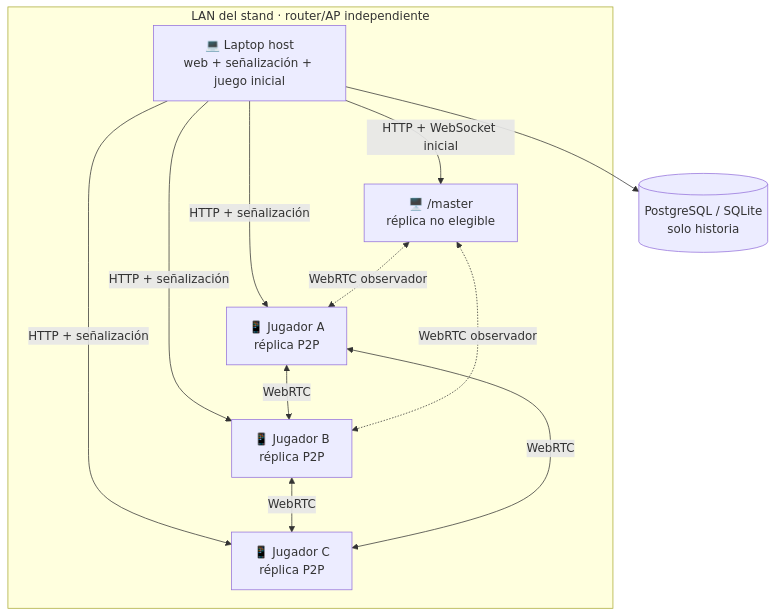
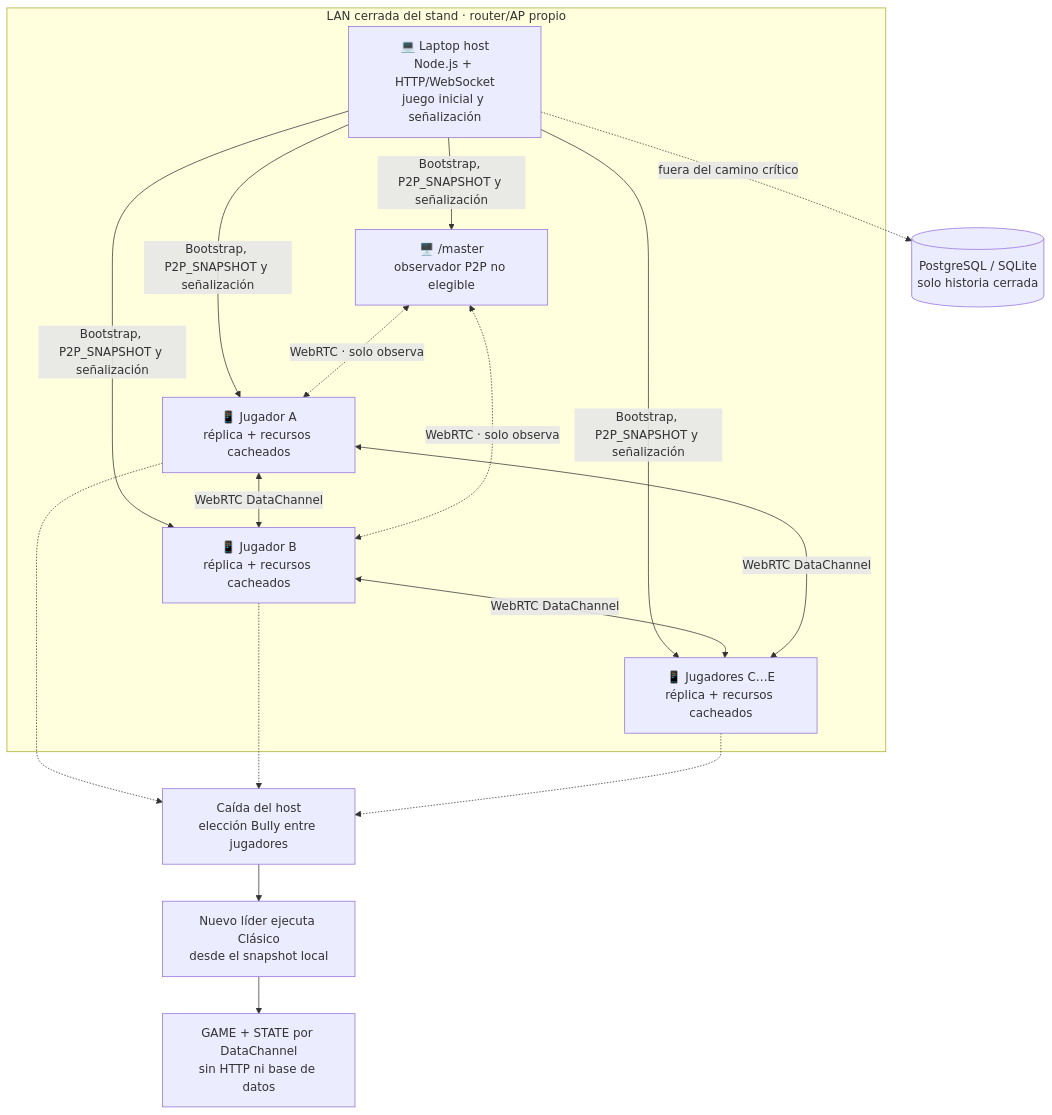
Before and after one commit to acampanaa/silunet: the first of 4 diagrams in README.md, drawn with Mermaid. The commit also changed other lines of this file and 22 other files, not shown here.

````diff
--- a/README.md
+++ b/README.md
@@ -151,23 +154,27 @@
 ```mermaid
 flowchart TB
-    subgraph LAN["LAN del stand · router/AP independiente"]
-        H["💻 Laptop host<br/>web + señalización + juego inicial"]
-        M["🖥️ /master<br/>réplica no elegible"]
-        C1["📱 Jugador A<br/>réplica P2P"]
-        C2["📱 Jugador B<br/>réplica P2P"]
-        C3["📱 Jugador C<br/>réplica P2P"]
+    subgraph LAN["LAN cerrada del stand · router/AP propio"]
+        H["💻 Laptop host<br/>Node.js + HTTP/WebSocket<br/>juego inicial y señalización"]
+        M["🖥️ /master<br/>observador P2P no elegible"]
+        C1["📱 Jugador A<br/>réplica + recursos cacheados"]
+        C2["📱 Jugador B<br/>réplica + recursos cacheados"]
+        C3["📱 Jugadores C…E<br/>réplica + recursos cacheados"]
     end
 
-    H -->|"HTTP + WebSocket inicial"| M
-    H -->|"HTTP + señalización"| C1
-    H -->|"HTTP + señalización"| C2
-    H -->|"HTTP + señalización"| C3
-    C1 <-->|WebRTC| C2
-    C2 <-->|WebRTC| C3
-    C1 <-->|WebRTC| C3
-    M <-.->|WebRTC observador| C1
-    M <-.->|WebRTC observador| C2
+    H -->|"Bootstrap, P2P_SNAPSHOT y señalización"| M
+    H -->|"Bootstrap, P2P_SNAPSHOT y señalización"| C1
+    H -->|"Bootstrap, P2P_SNAPSHOT y señalización"| C2
+    H -->|"Bootstrap, P2P_SNAPSHOT y señalización"| C3
+    C1 <-->|"WebRTC DataChannel"| C2
+    C2 <-->|"WebRTC DataChannel"| C3
+    C1 <-->|"WebRTC DataChannel"| C3
+    M <-.->|"WebRTC · solo observa"| C1
+    M <-.->|"WebRTC · solo observa"| C2
 
-    DB[("PostgreSQL / SQLite<br/>solo historia")]
-    H --> DB
+    DB[("PostgreSQL / SQLite<br/>solo historia cerrada")]
+    H -.->|"fuera del camino crítico"| DB
+
+    C1 & C2 & C3 -.-> E["Caída del host<br/>elección Bully entre jugadores"]
+    E --> L["Nuevo líder ejecuta Clásico<br/>desde el snapshot local"]
+    L --> O["GAME + STATE por DataChannel<br/>sin HTTP ni base de datos"]
 ```
````
